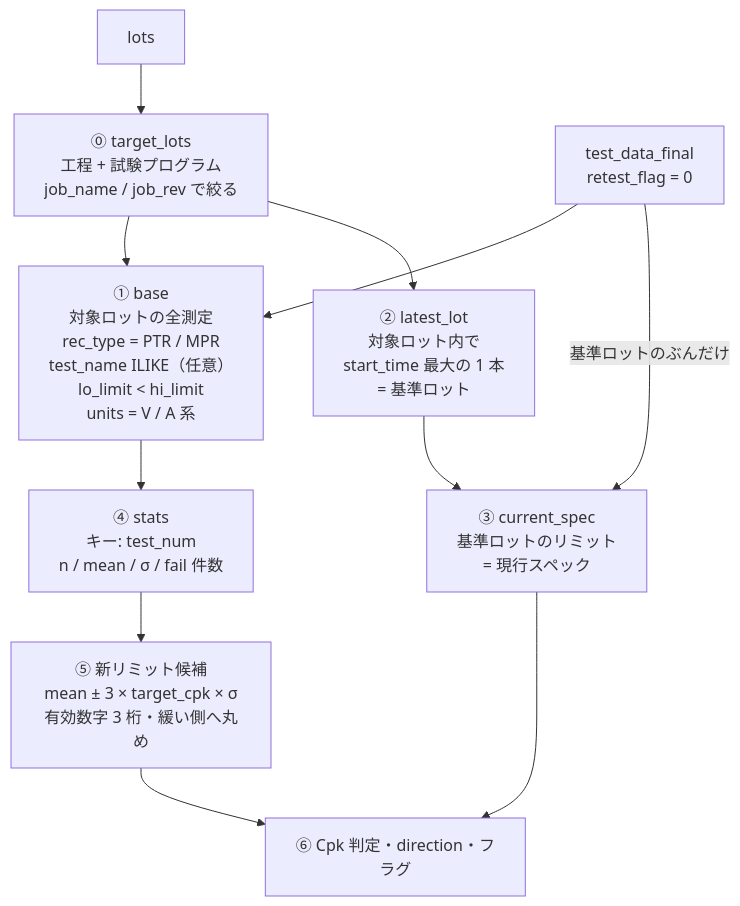
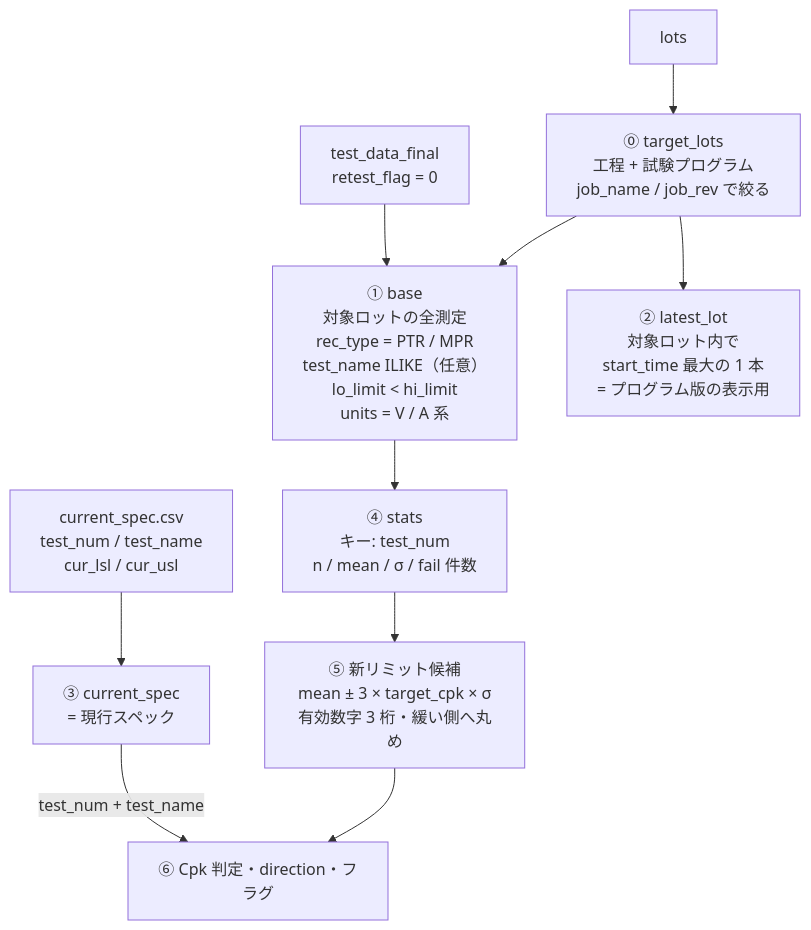
One commit to Kei0bb/STDF changed the first of 2 diagrams in docs/sample_queries.md. Above: the diagram before and after it, drawn with Mermaid. The commit also changed other lines of this file, not shown here.

First line of the commit message:
feat: 8-2/8-4 の現行スペックを別 CSV 読み込みに変更

````diff
--- a/docs/sample_queries.md
+++ b/docs/sample_queries.md
@@ -800,16 +803,15 @@
 ```mermaid
 flowchart TD
     LO["lots"] --> TL["⓪ target_lots<br/>工程 + 試験プログラム<br/>job_name / job_rev で絞る"]
     TD["test_data_final<br/>retest_flag = 0"] --> BASE
     TL --> BASE
     BASE["① base<br/>対象ロットの全測定<br/>rec_type = PTR / MPR<br/>test_name ILIKE（任意）<br/>lo_limit &lt; hi_limit<br/>units = V / A 系"]
 
-    TL --> LL["② latest_lot<br/>対象ロット内で<br/>start_time 最大の 1 本<br/>= 基準ロット"]
-    LL --> CS["③ current_spec<br/>基準ロットのリミット<br/>= 現行スペック"]
-    TD -->|"基準ロットのぶんだけ"| CS
+    TL --> LL["② latest_lot<br/>対象ロット内で<br/>start_time 最大の 1 本<br/>= プログラム版の表示用"]
+    CSVIN["current_spec.csv<br/>test_num / test_name<br/>cur_lsl / cur_usl"] --> CS["③ current_spec<br/>= 現行スペック"]
 
     BASE --> ST["④ stats<br/>キー: test_num<br/>n / mean / σ / fail 件数"]
     ST --> CAND["⑤ 新リミット候補<br/>mean ± 3 × target_cpk × σ<br/>有効数字 3 桁・緩い側へ丸め"]
-    CS --> JUDGE["⑥ Cpk 判定・direction・フラグ"]
+    CS -->|"test_num + test_name"| JUDGE["⑥ Cpk 判定・direction・フラグ"]
     CAND --> JUDGE
 ```
````
